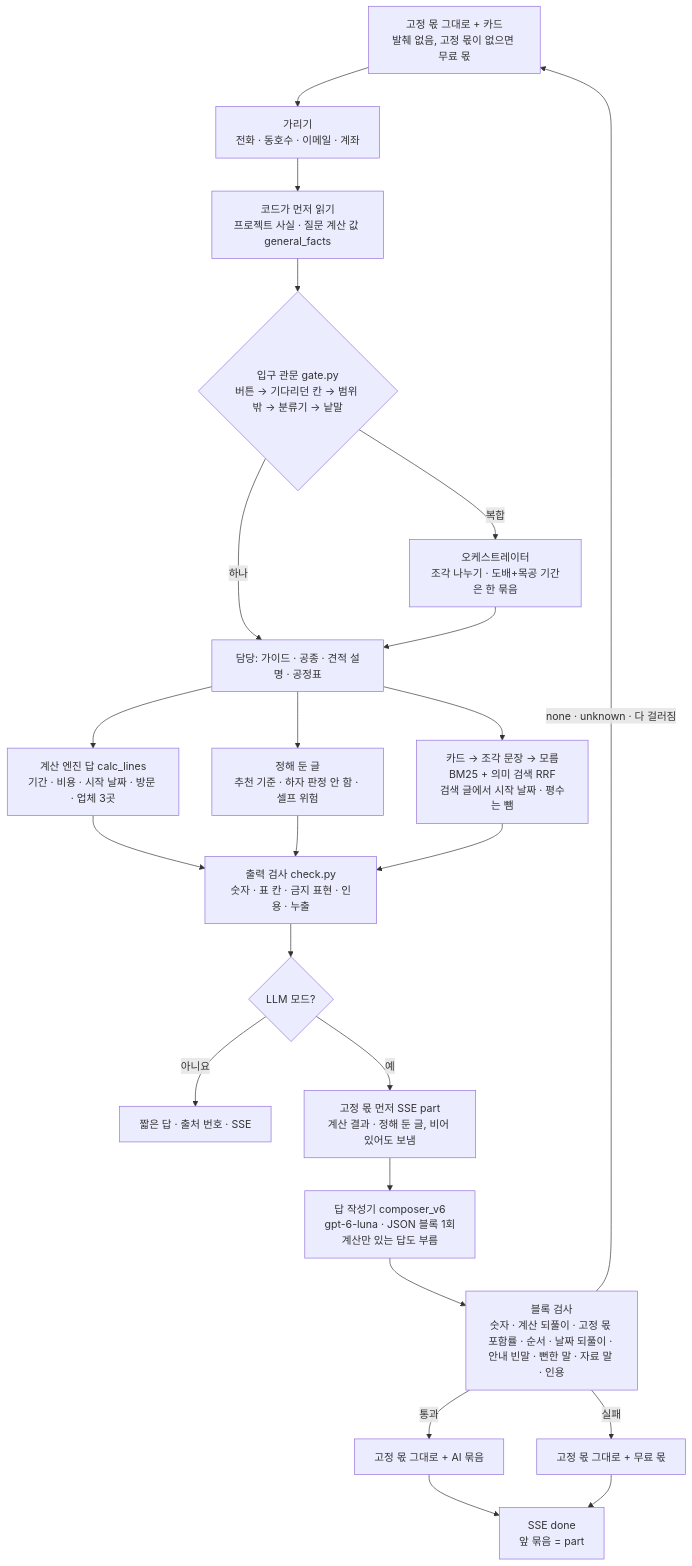
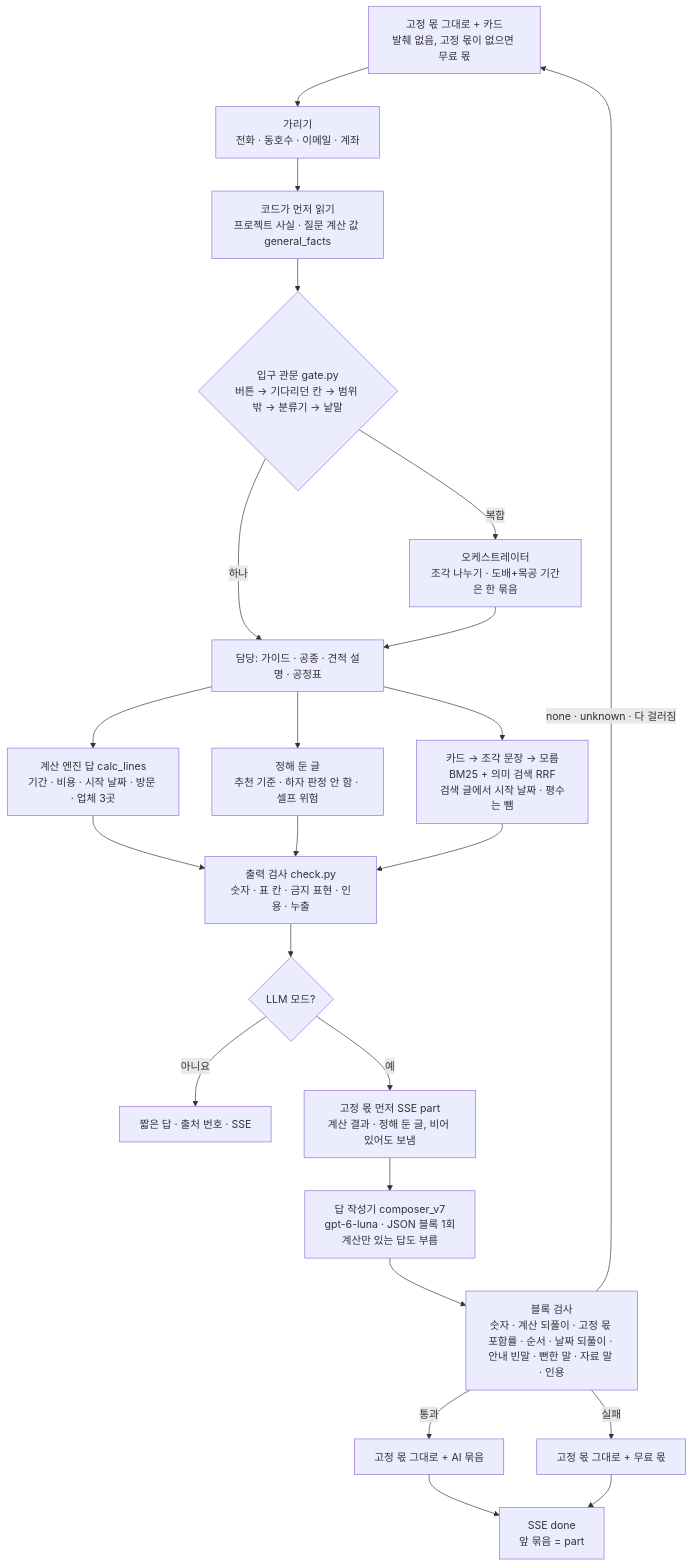
The diagram in docs/v3/agent-answer-format.md (lsm15111/SKN34-FINAL-1TEAM), drawn with Mermaid before and after one commit. The commit also changed other lines of this file and 17 other files, not shown here.

First line of the commit message:
prompt: 표준견적서 · 업체 화면에서 질문 분석기 planner_v1과 작성기 composer_v7로 보는 화면을 보고 답하기

````diff
--- a/docs/v3/agent-answer-format.md
+++ b/docs/v3/agent-answer-format.md
@@ -22,22 +23,22 @@
 ```mermaid
 flowchart TD
   Q[고객 질문] --> M[가리기<br/>전화 · 동호수 · 이메일 · 계좌]
   M --> F[코드가 먼저 읽기<br/>프로젝트 사실 · 질문 계산 값 general_facts]
   F --> G{입구 관문 gate.py<br/>버튼 → 기다리던 칸 → 범위 밖 → 분류기 → 낱말}
   G -->|하나| A[담당: 가이드 · 공종 · 견적 설명 · 공정표]
   G -->|복합| O[오케스트레이터<br/>조각 나누기 · 도배+목공 기간은 한 묶음]
   O --> A
   A --> C1[계산 엔진 답 calc_lines<br/>기간 · 비용 · 시작 날짜 · 방문 · 업체 3곳]
   A --> C2[정해 둔 글<br/>추천 기준 · 하자 판정 안 함 · 셀프 위험]
   A --> C3[카드 → 조각 문장 → 모름<br/>BM25 + 의미 검색 RRF<br/>검색 글에서 시작 날짜 · 평수는 뺌]
   C1 & C2 & C3 --> K[출력 검사 check.py<br/>숫자 · 표 칸 · 금지 표현 · 인용 · 누출]
   K --> MODE{LLM 모드?}
   MODE -->|아니요| OUT[짧은 답 · 출처 번호 · SSE]
   MODE -->|예| D[고정 몫 먼저 SSE part<br/>계산 결과 · 정해 둔 글, 비어 있어도 보냄]
-  D --> L[답 작성기 composer_v6<br/>gpt-6-luna · JSON 블록 1회<br/>계산만 있는 답도 부름]
+  D --> L[답 작성기 composer_v7<br/>gpt-6-luna · JSON 블록 1회<br/>계산만 있는 답도 부름]
   L --> K2[블록 검사<br/>숫자 · 계산 되풀이 · 고정 몫 포함률 · 순서 · 날짜 되풀이 · 안내 빈말 · 뻔한 말 · 자료 말 · 인용]
   K2 -->|통과| P[고정 몫 그대로 + AI 묶음]
   K2 -->|none · unknown · 다 걸러짐| Q[고정 몫 그대로 + 카드<br/>발췌 없음, 고정 몫이 없으면 무료 몫]
   K2 -->|실패| R[고정 몫 그대로 + 무료 몫]
   P & R --> OUT2[SSE done<br/>앞 묶음 = part]
 ```
````
